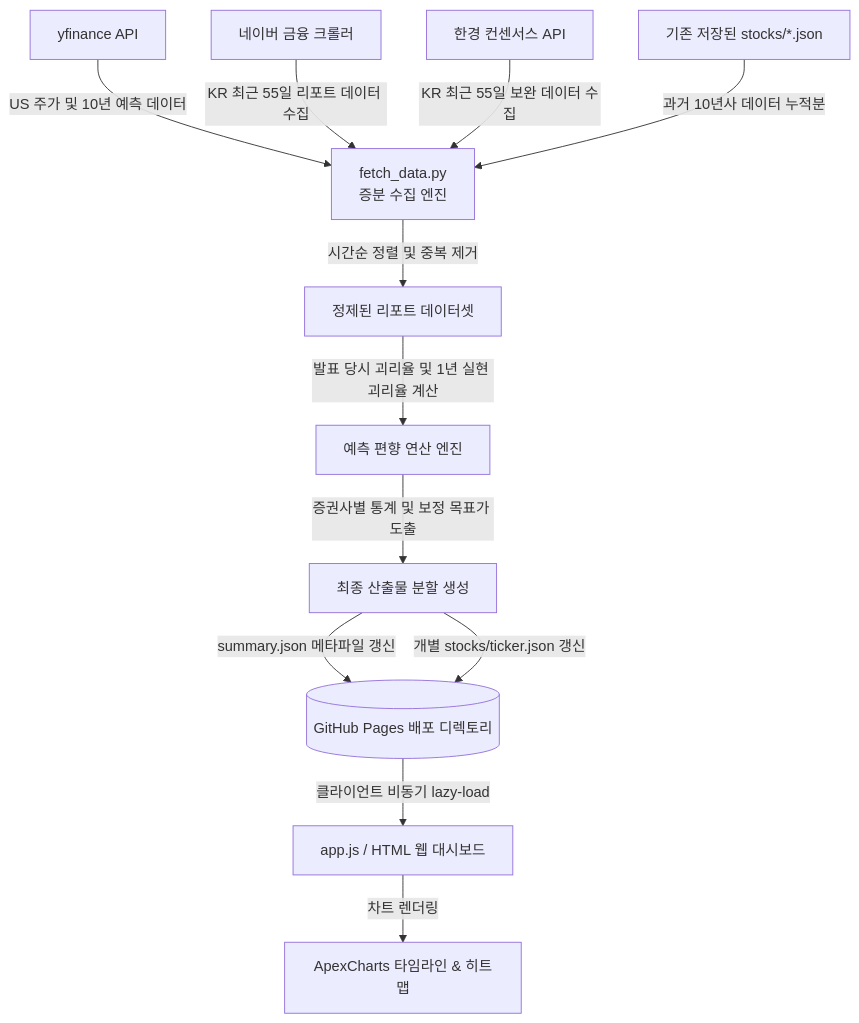
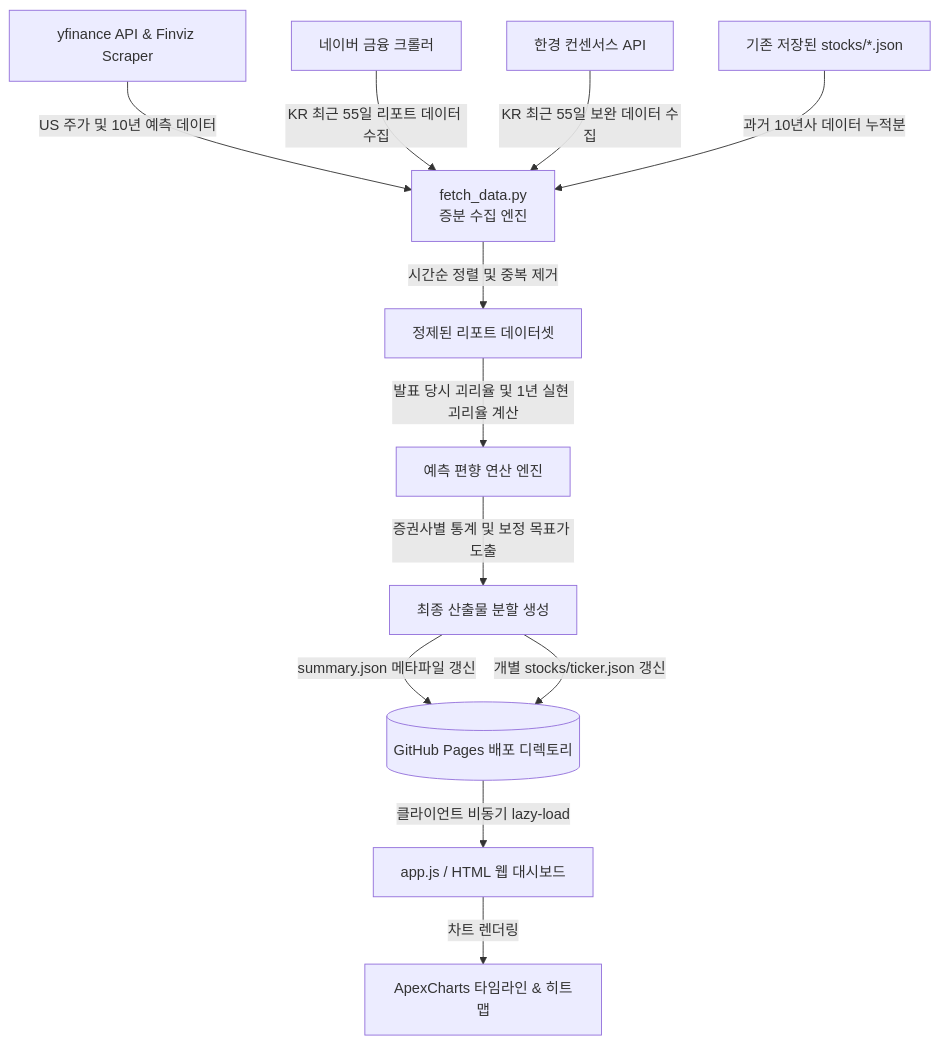
The first of 2 diagrams in README.md (eljja/Consensus), drawn with Mermaid before and after one commit. The commit also changed other lines of this file, not shown here.

````diff
--- a/README.md
+++ b/README.md
@@ -69,14 +73,14 @@
 ```mermaid
 graph TD
-    A[yfinance API] -->|US 주가 및 10년 예측 데이터| D[fetch_data.py <br>증분 수집 엔진]
+    A[yfinance API & Finviz Scraper] -->|US 주가 및 10년 예측 데이터| D[fetch_data.py <br>증분 수집 엔진]
     B[네이버 금융 크롤러] -->|KR 최근 55일 리포트 데이터 수집| D
     C[한경 컨센서스 API] -->|KR 최근 55일 보완 데이터 수집| D
     E[기존 저장된 stocks/*.json] -->|과거 10년사 데이터 누적분| D
     D -->|시간순 정렬 및 중복 제거| F[정제된 리포트 데이터셋]
     F -->|발표 당시 괴리율 및 1년 실현 괴리율 계산| G[예측 편향 연산 엔진]
     G -->|증권사별 통계 및 보정 목표가 도출| H[최종 산출물 분할 생성]
     H -->|summary.json 메타파일 갱신| I[(GitHub Pages 배포 디렉토리)]
     H -->|개별 stocks/ticker.json 갱신| I
     I -->|클라이언트 비동기 lazy-load| J[app.js / HTML 웹 대시보드]
     J -->|차트 렌더링| K[ApexCharts 타임라인 & 히트맵]
 ```
````
